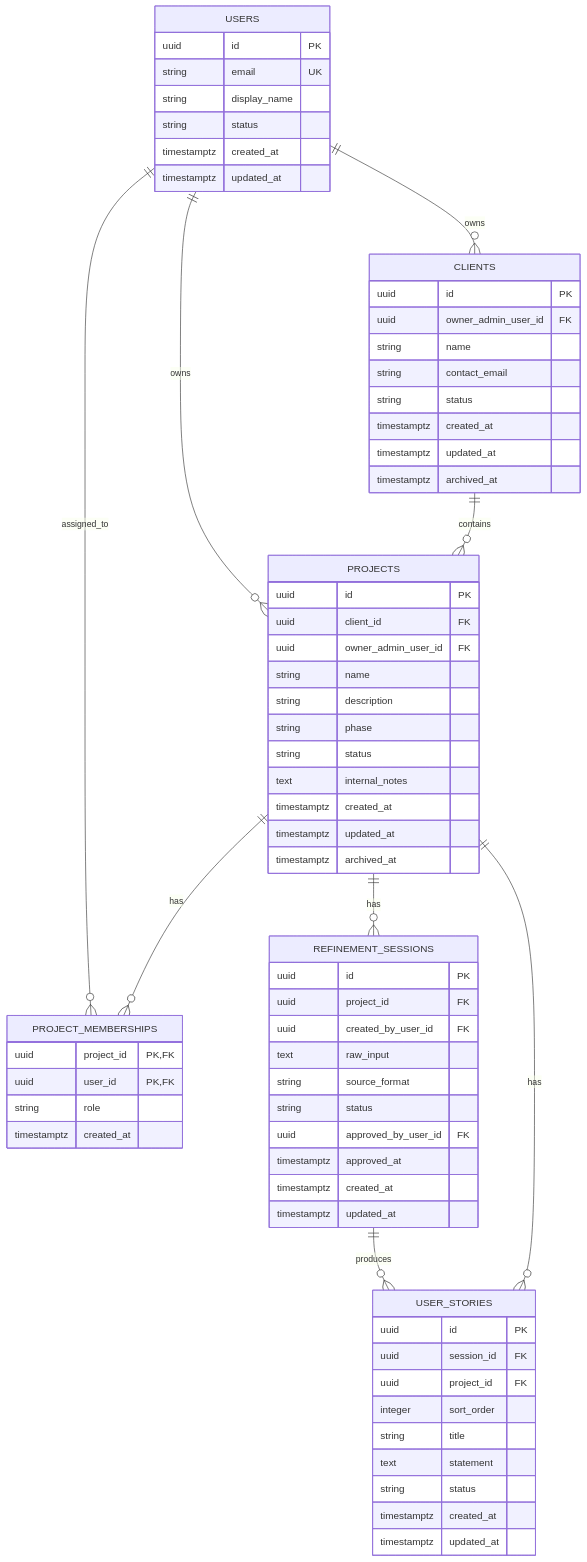
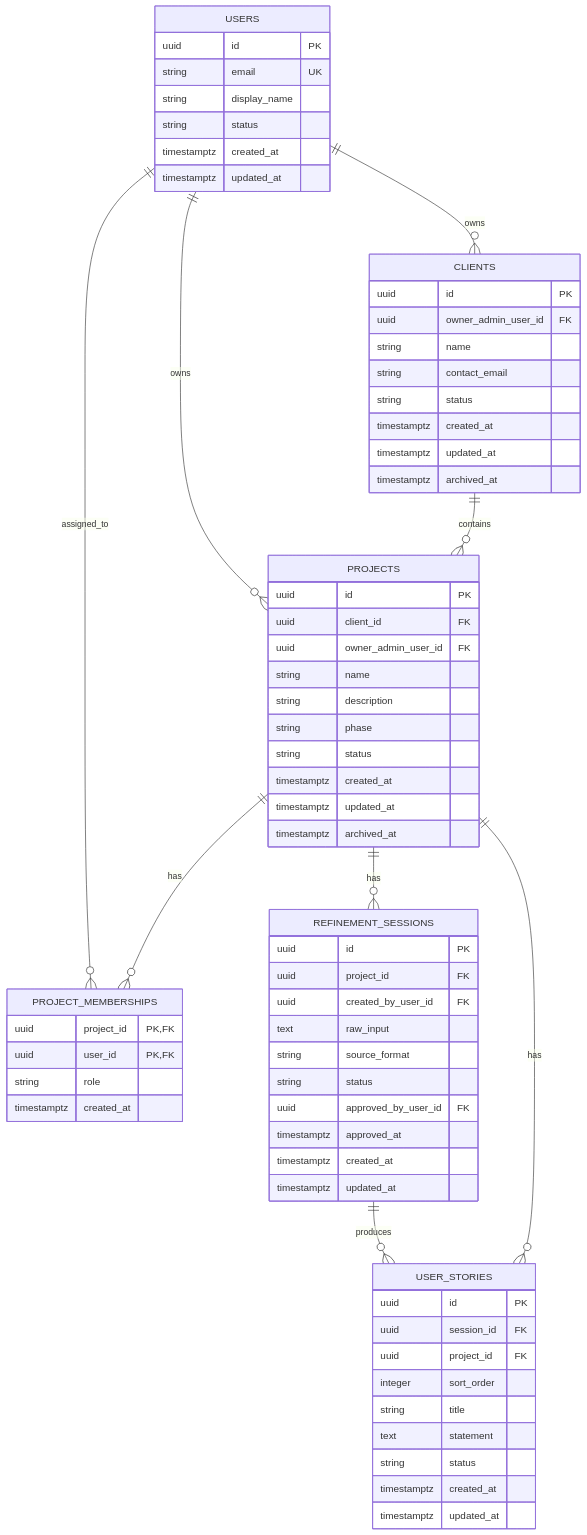
The diagram in docs/projects/open-project-hub/06-database/database-design.md (alonsovndev/open-projects-hub-docs), drawn with Mermaid before and after one commit. The commit also changed other lines of this file, not shown here.

````diff
--- a/docs/projects/open-project-hub/06-database/database-design.md
+++ b/docs/projects/open-project-hub/06-database/database-design.md
@@ -52,77 +53,76 @@
 ```mermaid
 erDiagram
     USERS ||--o{ CLIENTS : owns
     USERS ||--o{ PROJECTS : owns
     USERS ||--o{ PROJECT_MEMBERSHIPS : assigned_to
     PROJECTS ||--o{ PROJECT_MEMBERSHIPS : has
     CLIENTS ||--o{ PROJECTS : contains
     PROJECTS ||--o{ REFINEMENT_SESSIONS : has
     REFINEMENT_SESSIONS ||--o{ USER_STORIES : produces
     PROJECTS ||--o{ USER_STORIES : has
 
     USERS {
         uuid id PK
         string email UK
         string display_name
         string status
         timestamptz created_at
         timestamptz updated_at
     }
 
     CLIENTS {
         uuid id PK
         uuid owner_admin_user_id FK
         string name
         string contact_email
         string status
         timestamptz created_at
         timestamptz updated_at
         timestamptz archived_at
     }
 
     PROJECTS {
         uuid id PK
         uuid client_id FK
         uuid owner_admin_user_id FK
         string name
         string description
         string phase
         string status
-        text internal_notes
         timestamptz created_at
         timestamptz updated_at
         timestamptz archived_at
     }
 
     PROJECT_MEMBERSHIPS {
         uuid project_id PK,FK
         uuid user_id PK,FK
         string role
         timestamptz created_at
     }
 
     REFINEMENT_SESSIONS {
         uuid id PK
         uuid project_id FK
         uuid created_by_user_id FK
         text raw_input
         string source_format
         string status
         uuid approved_by_user_id FK
         timestamptz approved_at
         timestamptz created_at
         timestamptz updated_at
     }
 
     USER_STORIES {
         uuid id PK
         uuid session_id FK
         uuid project_id FK
         integer sort_order
         string title
         text statement
         string status
         timestamptz created_at
         timestamptz updated_at
     }
 ```
````
